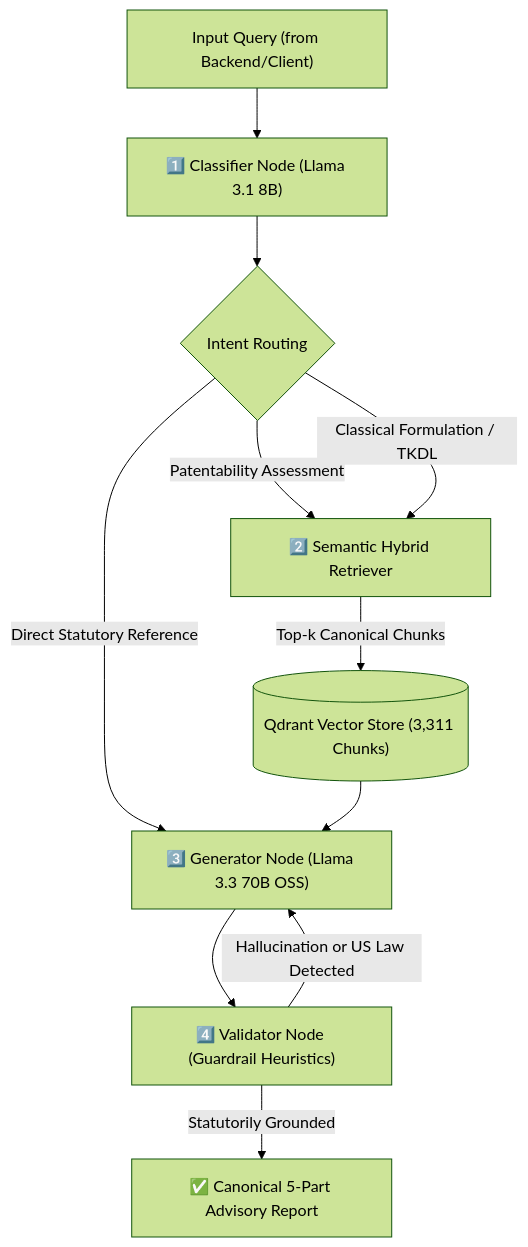
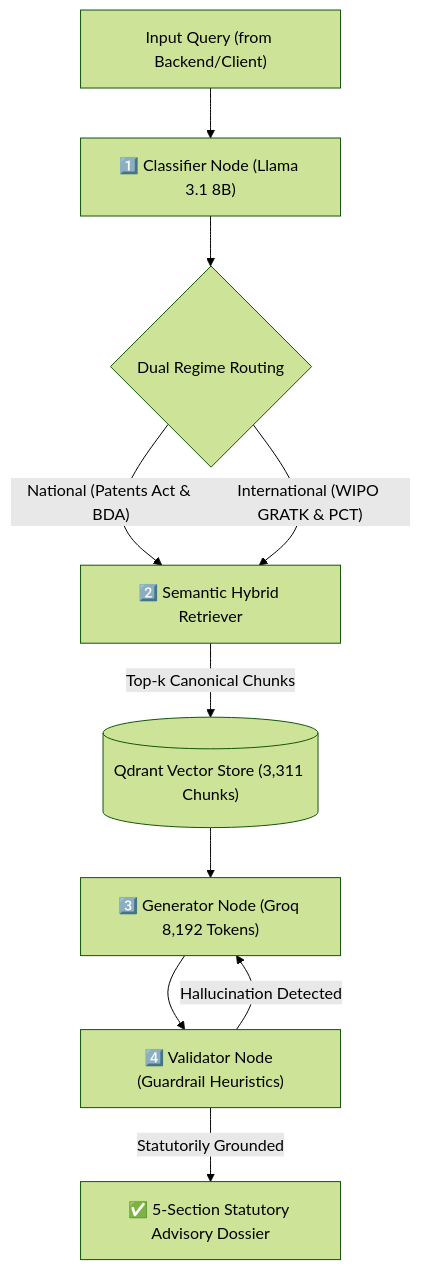
The diagram in apps/ai-core/README.md (Priyanshu-302/SIH-2K26), drawn with Mermaid (forest theme) before and after one commit. The commit also changed other lines of this file and 3 other files, not shown here.

Commit message:
docs: update monorepo and package READMEs with latest technical features and architecture

````diff
--- a/apps/ai-core/README.md
+++ b/apps/ai-core/README.md
@@ -9,16 +9,15 @@
 ```mermaid
 graph TD
     Input["Input Query (from Backend/Client)"] --> Classifier["1️⃣ Classifier Node (Llama 3.1 8B)"]
     
-    Classifier --> Router{"Intent Routing"}
-    Router -->|"Patentability Assessment"| Retriever["2️⃣ Semantic Hybrid Retriever"]
-    Router -->|"Classical Formulation / TKDL"| Retriever
-    Router -->|"Direct Statutory Reference"| Generator["3️⃣ Generator Node (Llama 3.3 70B OSS)"]
+    Classifier --> Router{"Dual Regime Routing"}
+    Router -->|"National (Patents Act & BDA)"| Retriever["2️⃣ Semantic Hybrid Retriever"]
+    Router -->|"International (WIPO GRATK & PCT)"| Retriever
     
     Retriever -->|"Top-k Canonical Chunks"| Qdrant[("Qdrant Vector Store (3,311 Chunks)")]
-    Qdrant --> Generator
+    Qdrant --> Generator["3️⃣ Generator Node (Groq 8,192 Tokens)"]
     
     Generator --> Validator["4️⃣ Validator Node (Guardrail Heuristics)"]
-    Validator -->|"Hallucination or US Law Detected"| Generator
-    Validator -->|"Statutorily Grounded"| Output["✅ Canonical 5-Part Advisory Report"]
+    Validator -->|"Hallucination Detected"| Generator
+    Validator -->|"Statutorily Grounded"| Output["✅ 5-Section Statutory Advisory Dossier"]
 ```
````
